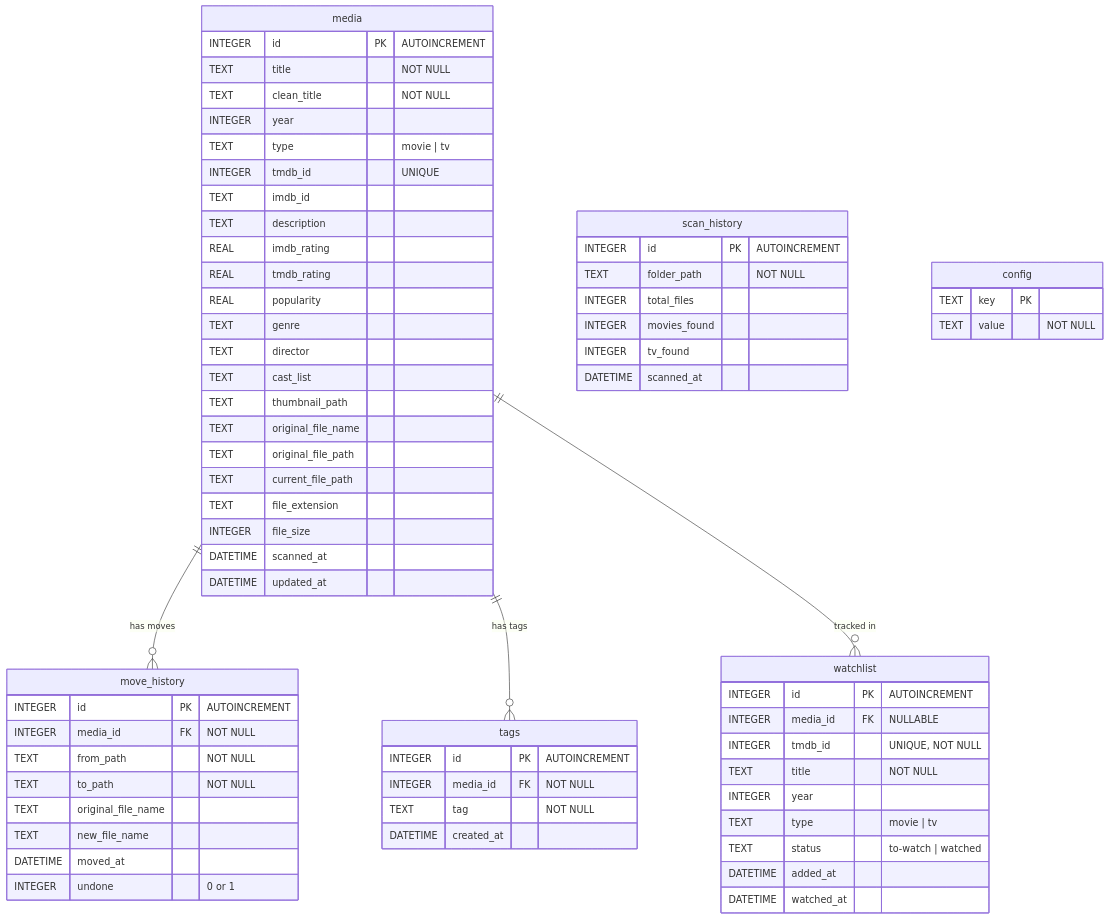
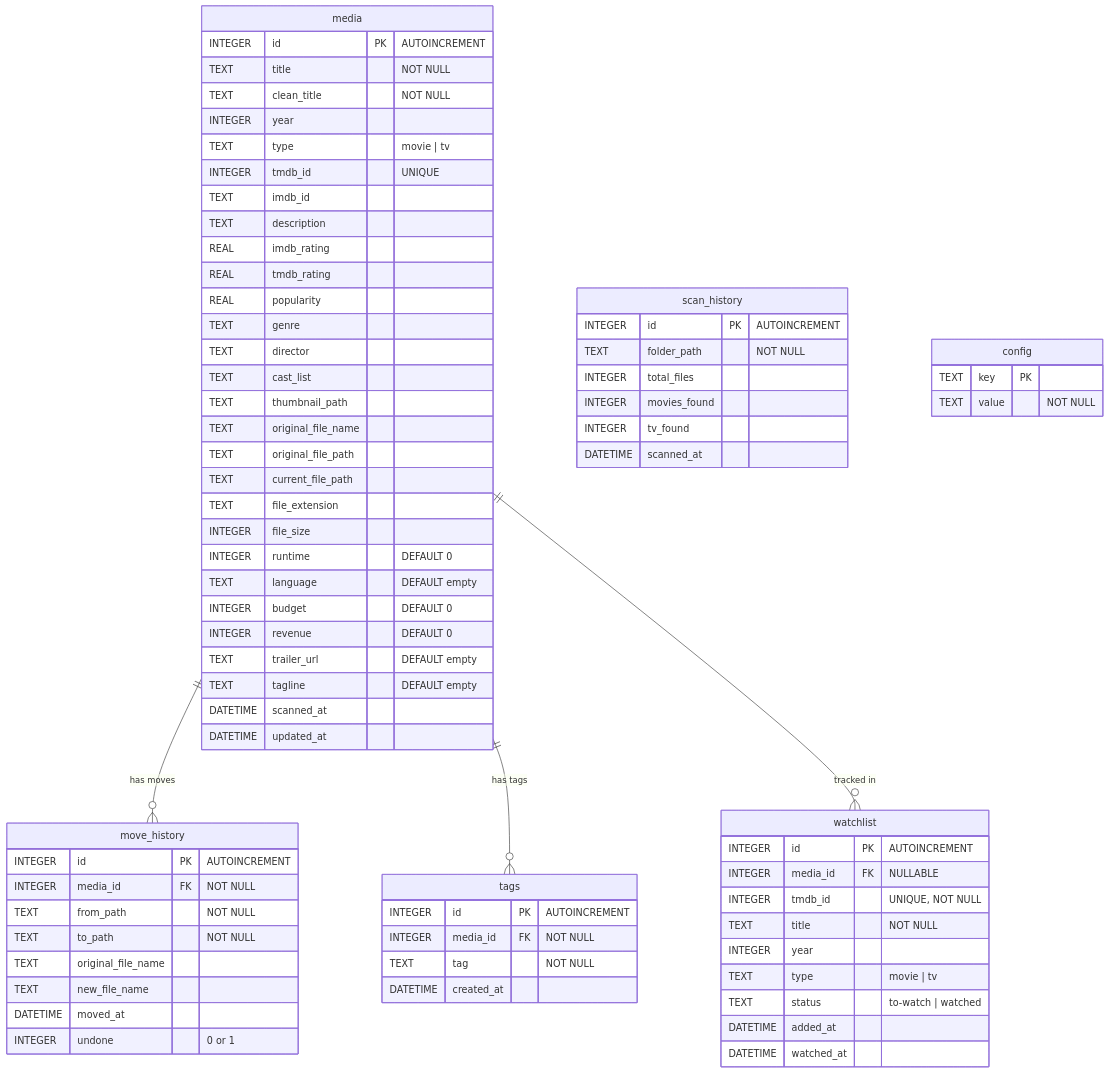
The diagram in spec/06-diagrams/15-db-schema.mmd (alimtvnetwork/movie-cli-v3), drawn with Mermaid before and after one commit.

Commit message:
Enhance media schema and fetch

```diff
--- a/spec/06-diagrams/15-db-schema.mmd
+++ b/spec/06-diagrams/15-db-schema.mmd
@@ -1,76 +1,82 @@
 %% 15-db-schema.mmd — SQLite database schema and table relationships
 %% Version: 1.0.0 | Updated: 2026-04-08
 
 erDiagram
     media {
         INTEGER id PK "AUTOINCREMENT"
         TEXT title "NOT NULL"
         TEXT clean_title "NOT NULL"
         INTEGER year
         TEXT type "movie | tv"
         INTEGER tmdb_id "UNIQUE"
         TEXT imdb_id
         TEXT description
         REAL imdb_rating
         REAL tmdb_rating
         REAL popularity
         TEXT genre
         TEXT director
         TEXT cast_list
         TEXT thumbnail_path
         TEXT original_file_name
         TEXT original_file_path
         TEXT current_file_path
         TEXT file_extension
         INTEGER file_size
+        INTEGER runtime "DEFAULT 0"
+        TEXT language "DEFAULT empty"
+        INTEGER budget "DEFAULT 0"
+        INTEGER revenue "DEFAULT 0"
+        TEXT trailer_url "DEFAULT empty"
+        TEXT tagline "DEFAULT empty"
         DATETIME scanned_at
         DATETIME updated_at
     }
 
     move_history {
         INTEGER id PK "AUTOINCREMENT"
         INTEGER media_id FK "NOT NULL"
         TEXT from_path "NOT NULL"
         TEXT to_path "NOT NULL"
         TEXT original_file_name
         TEXT new_file_name
         DATETIME moved_at
         INTEGER undone "0 or 1"
     }
 
     tags {
         INTEGER id PK "AUTOINCREMENT"
         INTEGER media_id FK "NOT NULL"
         TEXT tag "NOT NULL"
         DATETIME created_at
     }
 
     scan_history {
         INTEGER id PK "AUTOINCREMENT"
         TEXT folder_path "NOT NULL"
         INTEGER total_files
         INTEGER movies_found
         INTEGER tv_found
         DATETIME scanned_at
     }
 
     config {
         TEXT key PK
         TEXT value "NOT NULL"
     }
 
     watchlist {
         INTEGER id PK "AUTOINCREMENT"
         INTEGER media_id FK "NULLABLE"
         INTEGER tmdb_id "UNIQUE, NOT NULL"
         TEXT title "NOT NULL"
         INTEGER year
         TEXT type "movie | tv"
         TEXT status "to-watch | watched"
         DATETIME added_at
         DATETIME watched_at
     }
 
     media ||--o{ move_history : "has moves"
     media ||--o{ tags : "has tags"
     media ||--o{ watchlist : "tracked in"
```
